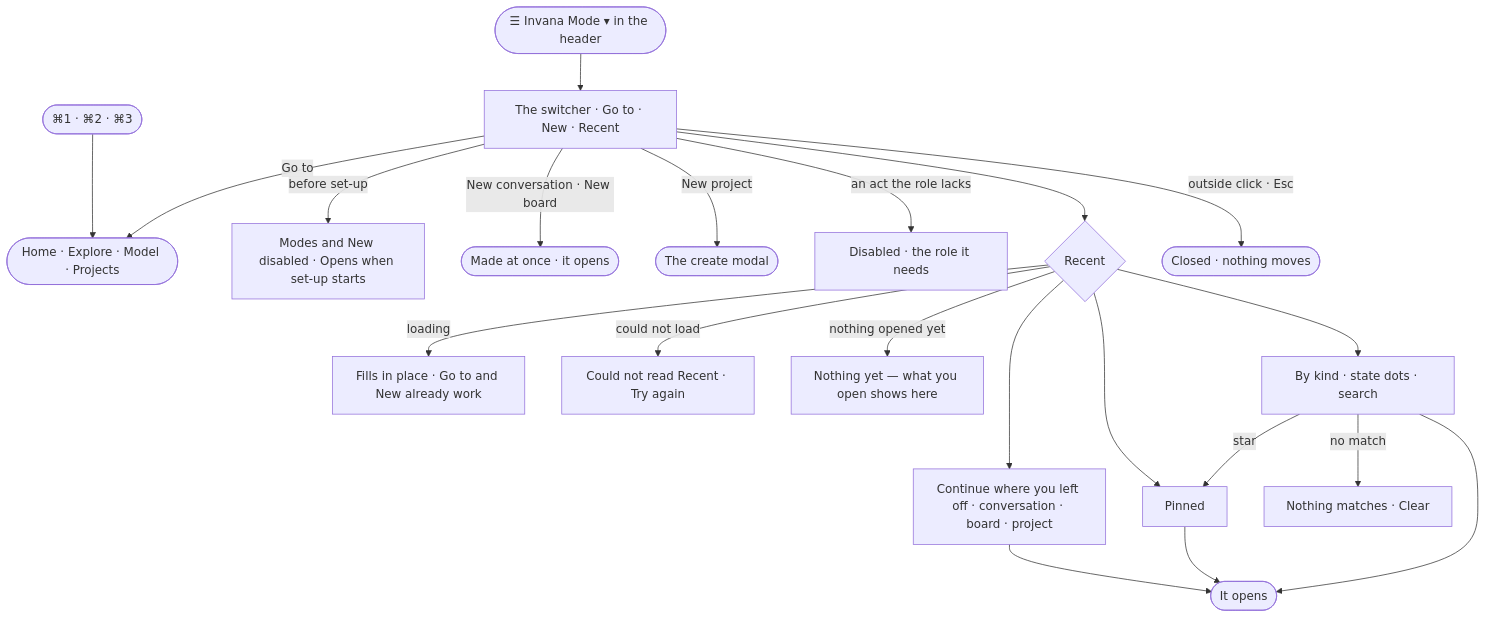
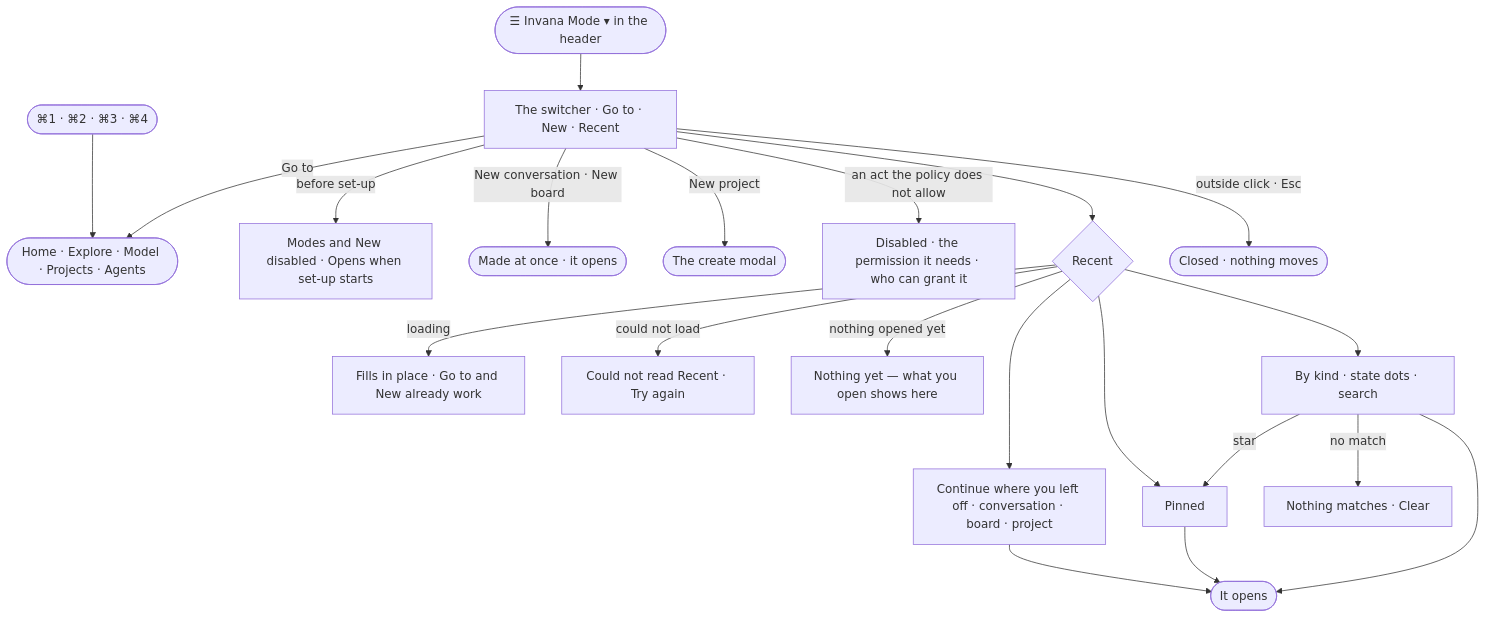
Before and after one commit to invana/invana: the diagram in specs/os/control/features/CP-F07-find-your-way/stories/CP-68-switch-mode-and-pick-up-where-i-left-off/story.md, drawn with Mermaid. The commit also changed other lines of this file and 106 other files, not shown here.

First line of the commit message:
docs(specs): access policies replace roles; Agents mode; project access

````diff
--- a/specs/os/control/features/CP-F07-find-your-way/stories/CP-68-switch-mode-and-pick-up-where-i-left-off/story.md
+++ b/specs/os/control/features/CP-F07-find-your-way/stories/CP-68-switch-mode-and-pick-up-where-i-left-off/story.md
@@ -26,23 +26,23 @@
 ```mermaid
 flowchart TD
   o([☰ Invana Mode ▾ in the header]) --> sw["The switcher · Go to · New · Recent"]
-  k([⌘1 · ⌘2 · ⌘3]) --> mode
+  k([⌘1 · ⌘2 · ⌘3 · ⌘4]) --> mode
   sw -->|before set-up| bs["Modes and New disabled · Opens when set-up starts"]
-  sw -->|Go to| mode(["Home · Explore · Model · Projects"])
+  sw -->|Go to| mode(["Home · Explore · Model · Projects · Agents"])
   sw -->|New conversation · New board| now(["Made at once · it opens"])
   sw -->|New project| pm(["The create modal"])
-  sw -->|an act the role lacks| dis["Disabled · the role it needs"]
+  sw -->|an act the policy does not allow| dis["Disabled · the permission it needs · who can grant it"]
   sw --> rec{"Recent"}
   rec -->|loading| ld["Fills in place · Go to and New already work"]
   rec -->|could not load| fl["Could not read Recent · Try again"]
   rec -->|nothing opened yet| fu["Nothing yet — what you open shows here"]
   rec --> cont["Continue where you left off · conversation · board · project"]
   rec --> pin["Pinned"]
   rec --> lists["By kind · state dots · search"]
   lists -->|star| pin
   lists -->|no match| nm["Nothing matches · Clear"]
   cont --> open(["It opens"])
   pin --> open
   lists --> open
   sw -->|outside click · Esc| x(["Closed · nothing moves"])
 ```
````
